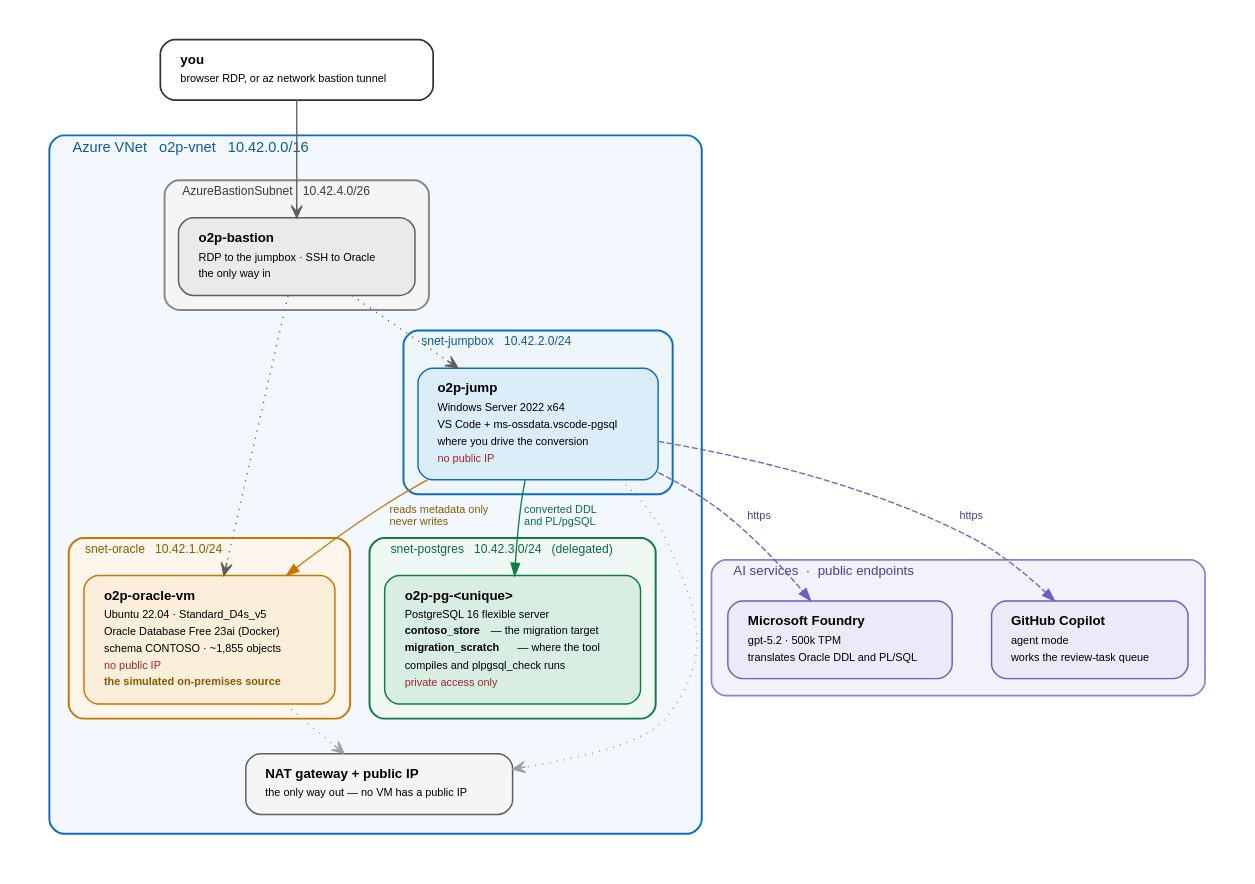
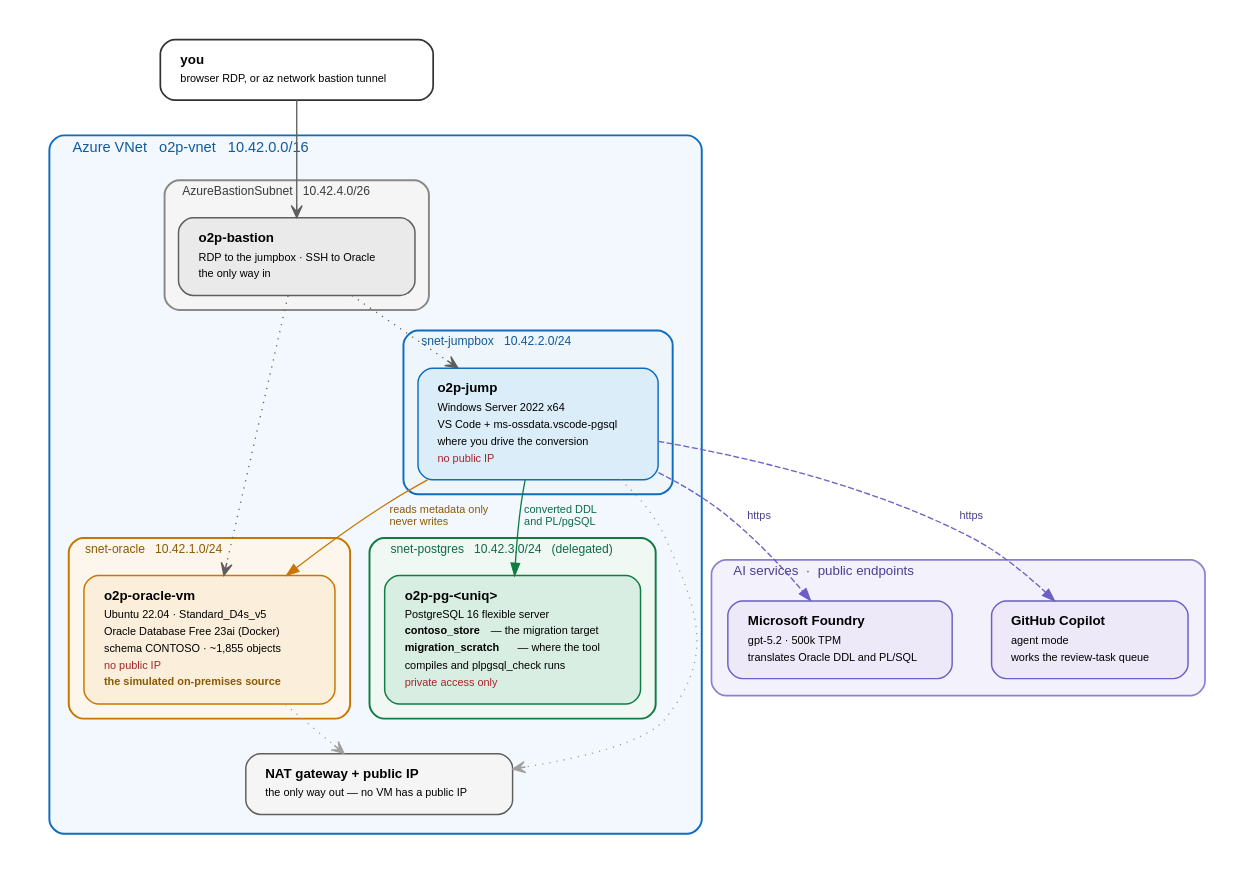
One commit to kloba/oracle-to-postgres-migration-lab changed the diagram in docs/images/architecture.dot. Above: the diagram before and after it, drawn with Graphviz. The commit also changed 6 other files, not shown here.

```diff
--- a/docs/images/architecture.dot
+++ b/docs/images/architecture.dot
@@ -1,172 +1,172 @@
 // Architecture diagram for the Contoso Store Oracle -> Azure PostgreSQL lab.
 //
 // Rendered to architecture.png by docs/images/render.sh. Edit THIS file, never
 // the .png. Regenerate with:  ./docs/images/render.sh
 //
 // Kept as Graphviz rather than a drawing so the names stay exact: every box
 // here is a real resource name, subnet prefix or extension id that appears in
 // infra/main.bicep and .env.example, and a diagram that drifts from those is
 // worse than no diagram.
 
 digraph contoso_lab {
   bgcolor    = "white";
   fontname   = "Helvetica";
   rankdir    = TB;
   nodesep    = 0.45;
   ranksep    = 0.55;
   compound   = true;
   pad        = 0.35;
 
   node [shape=box style="rounded,filled" fontname="Helvetica" fontsize=11
         color="#8A8886" fillcolor="#FFFFFF" penwidth=1.2 margin="0.20,0.14"];
   edge [fontname="Helvetica" fontsize=9 color="#605E5C" penwidth=1.1];
 
   // ---------------------------------------------------------------- AI tier
   subgraph cluster_ai {
     label     = "AI services  ·  public endpoints";
     labeljust = "l";
     fontsize  = 11;
     fontcolor = "#4B3F8F";
     style     = "rounded,filled";
     fillcolor = "#F3F1FB";
     color     = "#8B7FD4";
     penwidth  = 1.4;
     margin    = 14;
 
     foundry [fillcolor="#EDE9F9" color="#6B5FC7" label=<
       <table border="0" cellborder="0" cellspacing="0">
         <tr><td align="left"><b>Microsoft Foundry</b></td></tr>
         <tr><td align="left"><font point-size="9">gpt-5.2 · 500k TPM</font></td></tr>
         <tr><td align="left"><font point-size="9">translates Oracle DDL and PL/SQL</font></td></tr>
       </table>>];
 
     copilot [fillcolor="#EDE9F9" color="#6B5FC7" label=<
       <table border="0" cellborder="0" cellspacing="0">
         <tr><td align="left"><b>GitHub Copilot</b></td></tr>
         <tr><td align="left"><font point-size="9">agent mode</font></td></tr>
         <tr><td align="left"><font point-size="9">works the review-task queue</font></td></tr>
       </table>>];
   }
 
   // ------------------------------------------------------------------- VNet
   subgraph cluster_vnet {
     label     = "Azure VNet   o2p-vnet   10.42.0.0/16";
     labeljust = "l";
     fontsize  = 12;
     fontcolor = "#0F5A9C";
     style     = "rounded,filled";
     fillcolor = "#F2F8FD";
     color     = "#0F6CBD";
     penwidth  = 1.6;
     margin    = 16;
 
     // -- source ------------------------------------------------------------
     subgraph cluster_snet_oracle {
       label     = "snet-oracle   10.42.1.0/24";
       labeljust = "l";
       fontsize  = 10;
       fontcolor = "#8A5A00";
       style     = "rounded,filled";
       fillcolor = "#FDF6EC";
       color     = "#C77700";
       margin    = 12;
 
       oraclevm [fillcolor="#FBEEDA" color="#C77700" label=<
         <table border="0" cellborder="0" cellspacing="0">
           <tr><td align="left"><b>o2p-oracle-vm</b></td></tr>
           <tr><td align="left"><font point-size="9">Ubuntu 22.04 · Standard_D4s_v5</font></td></tr>
           <tr><td align="left"><font point-size="9">Oracle Database Free 23ai (Docker)</font></td></tr>
           <tr><td align="left"><font point-size="9">schema CONTOSO · ~1,855 objects</font></td></tr>
           <tr><td align="left"><font point-size="9" color="#A4262C">no public IP</font></td></tr>
           <tr><td align="left"><font point-size="9" color="#8A5A00"><b>the simulated on-premises source</b></font></td></tr>
         </table>>];
     }
 
     // -- workstation -------------------------------------------------------
     subgraph cluster_snet_jump {
       label     = "snet-jumpbox   10.42.2.0/24";
       labeljust = "l";
       fontsize  = 10;
       fontcolor = "#0F5A9C";
       style     = "rounded,filled";
       fillcolor = "#EEF6FC";
       color     = "#0F6CBD";
       margin    = 12;
 
       jumpbox [fillcolor="#DCEDFA" color="#0F6CBD" label=<
         <table border="0" cellborder="0" cellspacing="0">
           <tr><td align="left"><b>o2p-jump</b></td></tr>
           <tr><td align="left"><font point-size="9">Windows Server 2022 x64</font></td></tr>
           <tr><td align="left"><font point-size="9">VS Code + ms-ossdata.vscode-pgsql</font></td></tr>
           <tr><td align="left"><font point-size="9">where you drive the conversion</font></td></tr>
           <tr><td align="left"><font point-size="9" color="#A4262C">no public IP</font></td></tr>
         </table>>];
     }
 
     // -- target ------------------------------------------------------------
     subgraph cluster_snet_pg {
       label     = "snet-postgres   10.42.3.0/24   (delegated)";
       labeljust = "l";
       fontsize  = 10;
       fontcolor = "#0E6B47";
       style     = "rounded,filled";
       fillcolor = "#EFF8F3";
       color     = "#107C41";
       margin    = 12;
 
       postgres [fillcolor="#D8EEE3" color="#107C41" label=<
         <table border="0" cellborder="0" cellspacing="0">
-          <tr><td align="left"><b>o2p-pg-&lt;unique&gt;</b></td></tr>
+          <tr><td align="left"><b>o2p-pg-&lt;uniq&gt;</b></td></tr>
           <tr><td align="left"><font point-size="9">PostgreSQL 16 flexible server</font></td></tr>
           <tr><td align="left"><font point-size="9"><b>contoso_store</b> — the migration target</font></td></tr>
           <tr><td align="left"><font point-size="9"><b>migration_scratch</b> — where the tool</font></td></tr>
           <tr><td align="left"><font point-size="9">compiles and plpgsql_check runs</font></td></tr>
           <tr><td align="left"><font point-size="9" color="#A4262C">private access only</font></td></tr>
         </table>>];
     }
 
     // -- edge of the network ----------------------------------------------
     subgraph cluster_snet_bastion {
       label     = "AzureBastionSubnet   10.42.4.0/26";
       labeljust = "l";
       fontsize  = 10;
       fontcolor = "#3B3A39";
       style     = "rounded,filled";
       fillcolor = "#F5F5F5";
       color     = "#8A8886";
       margin    = 12;
 
       bastion [fillcolor="#EAEAEA" color="#605E5C" label=<
         <table border="0" cellborder="0" cellspacing="0">
           <tr><td align="left"><b>o2p-bastion</b></td></tr>
           <tr><td align="left"><font point-size="9">RDP to the jumpbox · SSH to Oracle</font></td></tr>
           <tr><td align="left"><font point-size="9">the only way in</font></td></tr>
         </table>>];
     }
 
     nat [fillcolor="#F5F5F5" color="#605E5C" label=<
       <table border="0" cellborder="0" cellspacing="0">
         <tr><td align="left"><b>NAT gateway + public IP</b></td></tr>
         <tr><td align="left"><font point-size="9">the only way out — no VM has a public IP</font></td></tr>
       </table>>];
   }
 
   you [shape=box style="rounded,filled" fillcolor="#FFFFFF" color="#323130" penwidth=1.4 label=<
     <table border="0" cellborder="0" cellspacing="0">
       <tr><td align="left"><b>you</b></td></tr>
       <tr><td align="left"><font point-size="9">browser RDP, or az network bastion tunnel</font></td></tr>
     </table>>];
 
   // ------------------------------------------------------------------ flows
   jumpbox -> oraclevm [label="  reads metadata only\l  never writes\l" color="#C77700" fontcolor="#8A5A00"];
   jumpbox -> postgres [label="  converted DDL\l  and PL/pgSQL\l" color="#107C41" fontcolor="#0E6B47"];
   jumpbox -> foundry  [label="  https  " color="#6B5FC7" fontcolor="#4B3F8F" style=dashed];
   jumpbox -> copilot  [label="  https  " color="#6B5FC7" fontcolor="#4B3F8F" style=dashed];
 
   bastion -> jumpbox  [style=dotted arrowhead=vee];
   bastion -> oraclevm [style=dotted arrowhead=vee];
   you     -> bastion  [arrowhead=vee];
 
   oraclevm -> nat [style=dotted arrowhead=vee color="#A19F9D"];
   jumpbox  -> nat [style=dotted arrowhead=vee color="#A19F9D"];
 }
```
